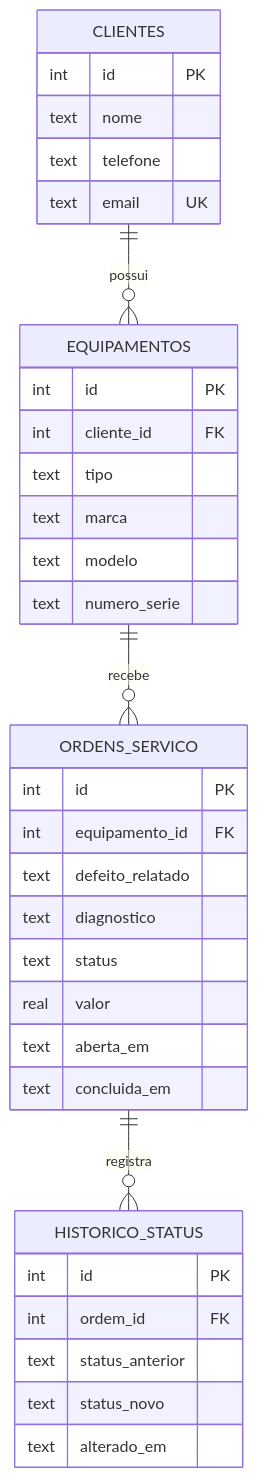
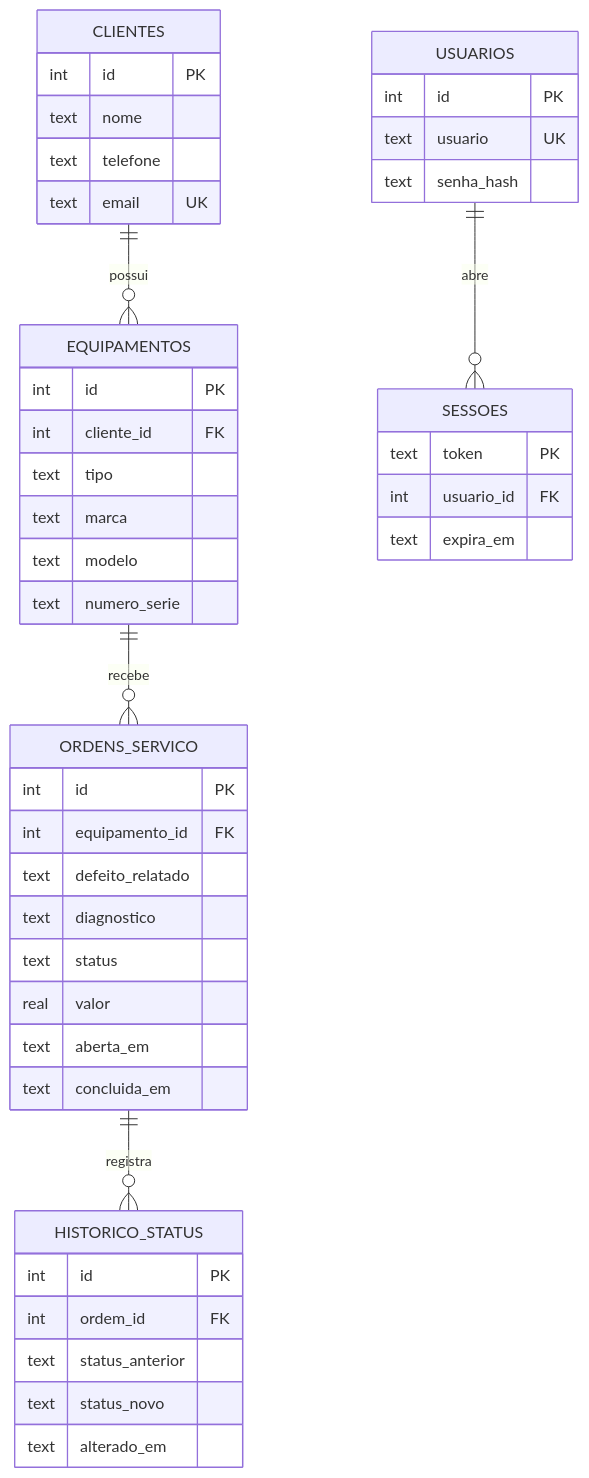
The second of 2 diagrams in README.md (ErasedSin/Sistema-de-Ordens-de-Servico), drawn with Mermaid before and after one commit. The commit also changed other lines of this file and 15 other files, not shown here.

````diff
--- a/README.md
+++ b/README.md
@@ -48,38 +57,49 @@
 ```mermaid
 erDiagram
     CLIENTES ||--o{ EQUIPAMENTOS : possui
     EQUIPAMENTOS ||--o{ ORDENS_SERVICO : recebe
     ORDENS_SERVICO ||--o{ HISTORICO_STATUS : registra
+    USUARIOS ||--o{ SESSOES : abre
 
     CLIENTES {
         int id PK
         text nome
         text telefone
         text email UK
     }
     EQUIPAMENTOS {
         int id PK
         int cliente_id FK
         text tipo
         text marca
         text modelo
         text numero_serie
     }
     ORDENS_SERVICO {
         int id PK
         int equipamento_id FK
         text defeito_relatado
         text diagnostico
         text status
         real valor
         text aberta_em
         text concluida_em
     }
     HISTORICO_STATUS {
         int id PK
         int ordem_id FK
         text status_anterior
         text status_novo
         text alterado_em
     }
+    USUARIOS {
+        int id PK
+        text usuario UK
+        text senha_hash
+    }
+    SESSOES {
+        text token PK
+        int usuario_id FK
+        text expira_em
+    }
 ```
````
